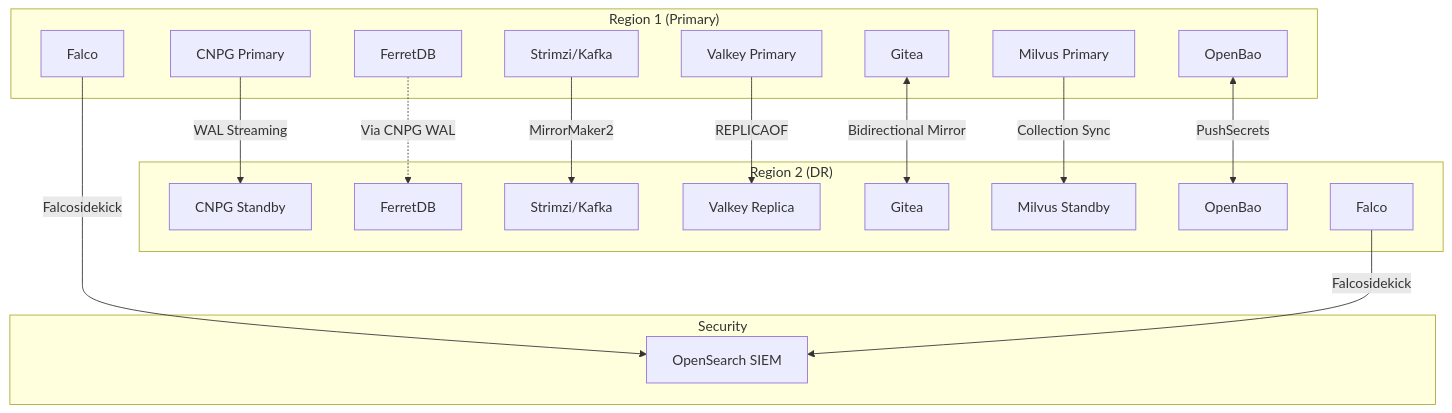
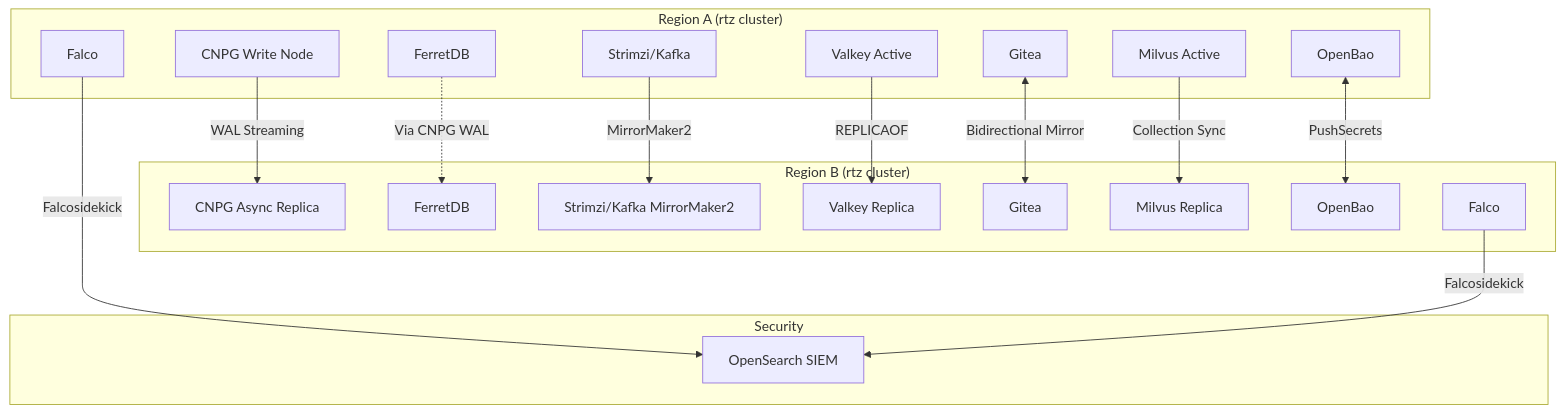
One commit to openova-io/openova changed the sixth of 6 diagrams in docs/PLATFORM-TECH-STACK.md. Above: the diagram before and after it, drawn with Mermaid. The commit also changed other lines of this file and 3 other files, not shown here.

````diff
--- a/docs/PLATFORM-TECH-STACK.md
+++ b/docs/PLATFORM-TECH-STACK.md
@@ -613,38 +613,38 @@
 ```mermaid
 flowchart TB
-    subgraph Region1["Region 1 (Primary)"]
-        PG1[CNPG Primary]
+    subgraph Region1["Region A  (rtz cluster)"]
+        PG1[CNPG Write Node]
         FDB1[FerretDB]
         SK1[Strimzi/Kafka]
-        VK1[Valkey Primary]
+        VK1[Valkey Active]
         GT1[Gitea]
-        MV1[Milvus Primary]
+        MV1[Milvus Active]
         Bao1R1[OpenBao]
         Falco1[Falco]
     end
 
-    subgraph Region2["Region 2 (DR)"]
-        PG2[CNPG Standby]
+    subgraph Region2["Region B  (rtz cluster)"]
+        PG2[CNPG Async Replica]
         FDB2[FerretDB]
-        SK2[Strimzi/Kafka]
+        SK2[Strimzi/Kafka MirrorMaker2]
         VK2[Valkey Replica]
         GT2[Gitea]
-        MV2[Milvus Standby]
+        MV2[Milvus Replica]
         Bao2R2[OpenBao]
         Falco2[Falco]
     end
 
     subgraph SIEM["Security"]
         OS[OpenSearch SIEM]
     end
 
     PG1 -->|"WAL Streaming"| PG2
     FDB1 -.->|"Via CNPG WAL"| FDB2
     SK1 -->|"MirrorMaker2"| SK2
     VK1 -->|"REPLICAOF"| VK2
     GT1 <-->|"Bidirectional Mirror"| GT2
     MV1 -->|"Collection Sync"| MV2
     Bao1R1 <-->|"PushSecrets"| Bao2R2
     Falco1 -->|"Falcosidekick"| OS
     Falco2 -->|"Falcosidekick"| OS
 ```
````
